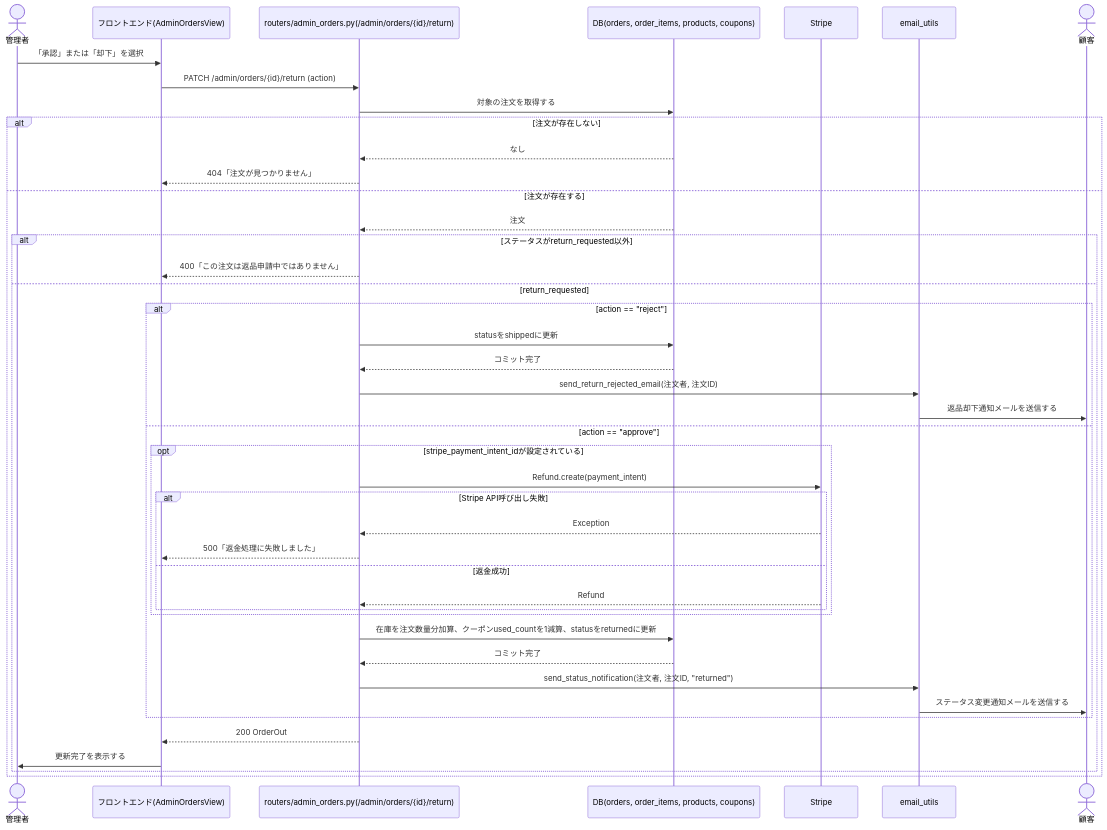
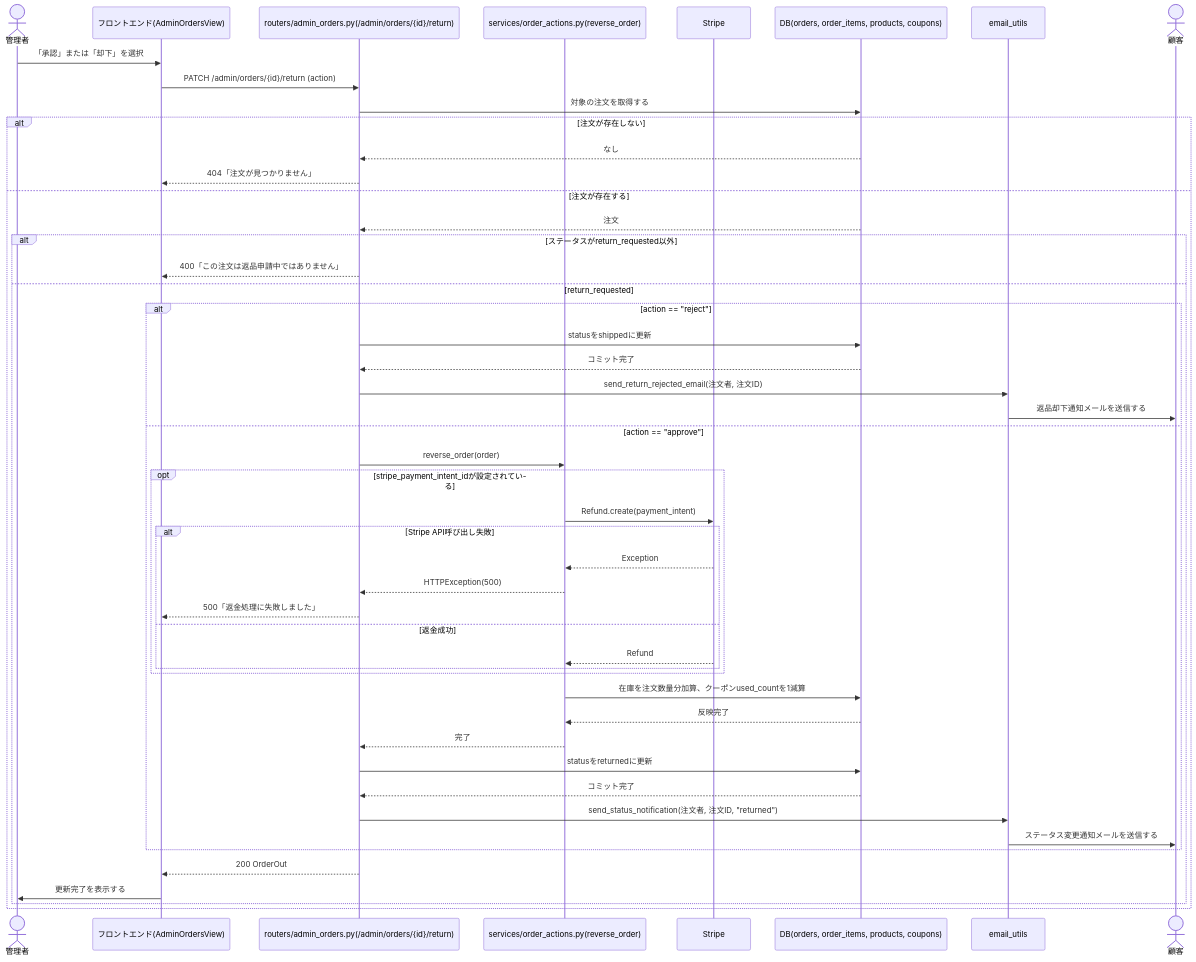
One commit to KokiNakano2nd/ec2site changed the eighth of 12 diagrams in docs/deliverables/internal_design/03_sequence_diagram.md. Above: the diagram before and after it, drawn with Mermaid. The commit also changed other lines of this file and 1 other file, not shown here.

First line of the commit message:
Update internal design docs to match order-logic/DI refactor

````diff
--- a/docs/deliverables/internal_design/03_sequence_diagram.md
+++ b/docs/deliverables/internal_design/03_sequence_diagram.md
@@ -289,46 +301,52 @@
 ```mermaid
 sequenceDiagram
     actor 管理者
     participant Frontend as フロントエンド(AdminOrdersView)
     participant API as routers/admin_orders.py(/admin/orders/{id}/return)
+    participant Service as services/order_actions.py(reverse_order)
+    participant Stripe
     participant DB as DB(orders, order_items, products, coupons)
-    participant Stripe
     participant Mail as email_utils
     actor 顧客
 
     管理者->>Frontend: 「承認」または「却下」を選択
     Frontend->>API: PATCH /admin/orders/{id}/return (action)
     API->>DB: 対象の注文を取得する
     alt 注文が存在しない
         DB-->>API: なし
         API-->>Frontend: 404「注文が見つかりません」
     else 注文が存在する
         DB-->>API: 注文
         alt ステータスがreturn_requested以外
             API-->>Frontend: 400「この注文は返品申請中ではありません」
         else return_requested
             alt action == "reject"
                 API->>DB: statusをshippedに更新
                 DB-->>API: コミット完了
                 API->>Mail: send_return_rejected_email(注文者, 注文ID)
                 Mail->>顧客: 返品却下通知メールを送信する
             else action == "approve"
+                API->>Service: reverse_order(order)
                 opt stripe_payment_intent_idが設定されている
-                    API->>Stripe: Refund.create(payment_intent)
+                    Service->>Stripe: Refund.create(payment_intent)
                     alt Stripe API呼び出し失敗
-                        Stripe-->>API: Exception
+                        Stripe-->>Service: Exception
+                        Service-->>API: HTTPException(500)
                         API-->>Frontend: 500「返金処理に失敗しました」
                     else 返金成功
-                        Stripe-->>API: Refund
+                        Stripe-->>Service: Refund
                     end
                 end
-                API->>DB: 在庫を注文数量分加算、クーポンused_countを1減算、statusをreturnedに更新
+                Service->>DB: 在庫を注文数量分加算、クーポンused_countを1減算
+                DB-->>Service: 反映完了
+                Service-->>API: 完了
+                API->>DB: statusをreturnedに更新
                 DB-->>API: コミット完了
                 API->>Mail: send_status_notification(注文者, 注文ID, "returned")
                 Mail->>顧客: ステータス変更通知メールを送信する
             end
             API-->>Frontend: 200 OrderOut
             Frontend->>管理者: 更新完了を表示する
         end
     end
 ```
````
